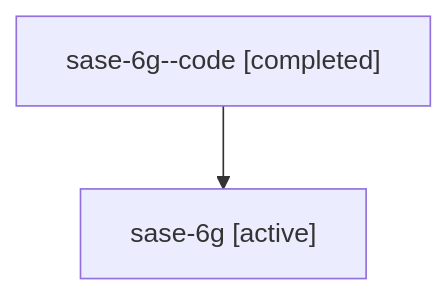
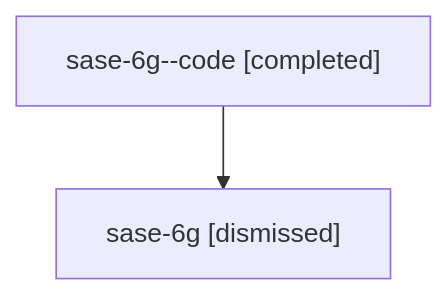
The diagram in sessions/bbugyi200.athena.sase-6g.md (sase-org/sase--agents), drawn with Mermaid before and after one commit. The commit also changed other lines of this file and 54 other files, not shown here.

````diff
--- a/sessions/bbugyi200.athena.sase-6g.md
+++ b/sessions/bbugyi200.athena.sase-6g.md
@@ -9,6 +9,6 @@
 ```mermaid
 flowchart TD
   n0["sase-6g--code [completed]"]
-  n1["sase-6g [active]"]
+  n1["sase-6g [dismissed]"]
   n0 --> n1
 ```
````
